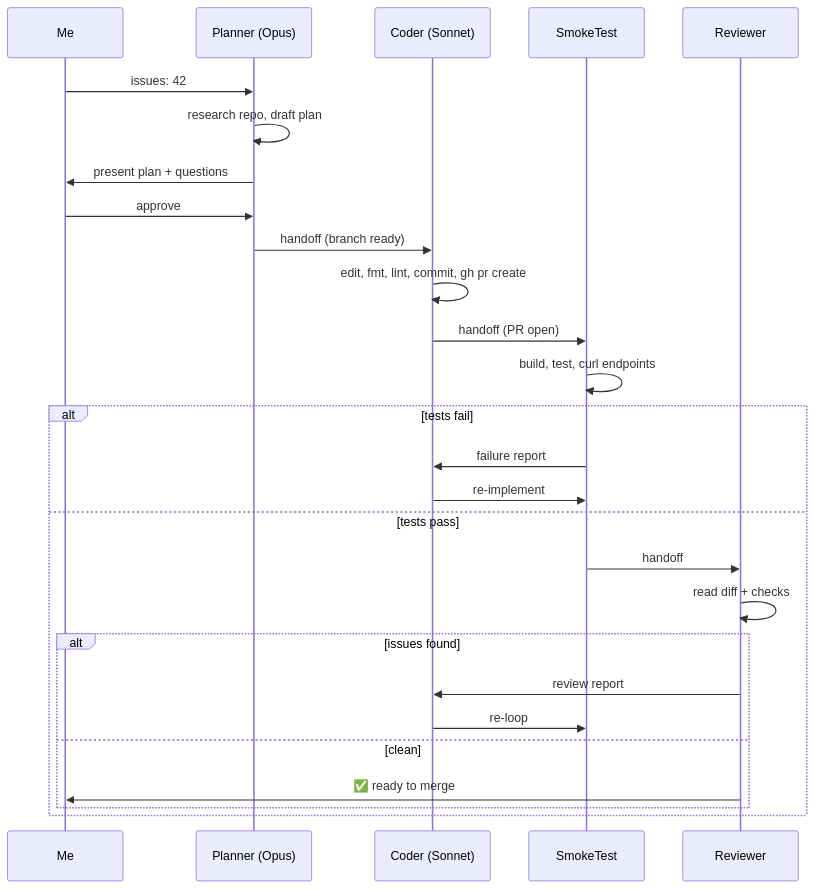
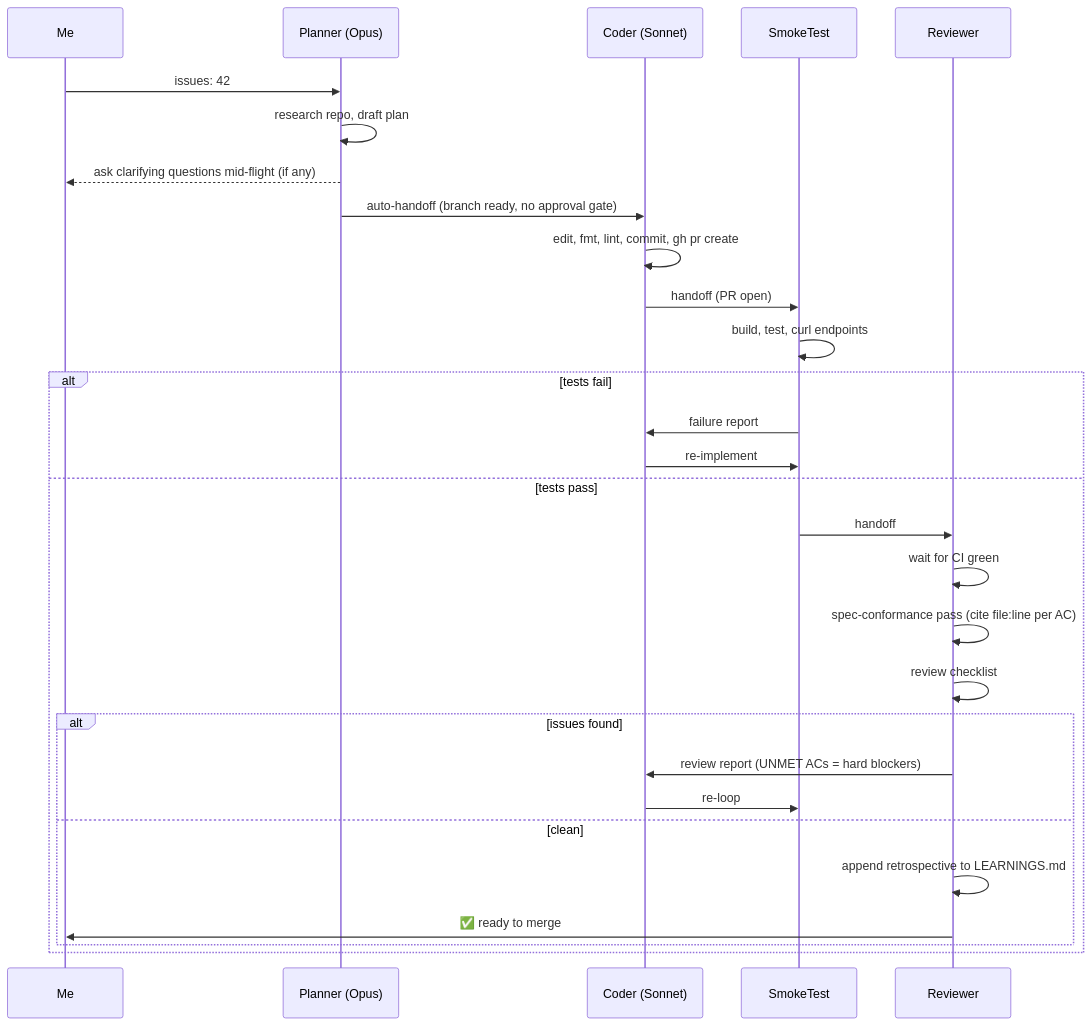
Before and after one commit to crzptn/bastion: the second of 2 diagrams in README.md, drawn with Mermaid. The commit also changed other lines of this file and 7 other files, not shown here.

Commit message:
feat: enhance agent workflows with spec conformance checks and ambiguity handling

````diff
--- a/README.md
+++ b/README.md
@@ -67,30 +67,32 @@
 ```mermaid
 sequenceDiagram
     participant Me
     participant P as Planner (Opus)
     participant C as Coder (Sonnet)
     participant S as SmokeTest
     participant R as Reviewer
 
     Me->>P: issues: 42
     P->>P: research repo, draft plan
-    P->>Me: present plan + questions
-    Me->>P: approve
-    P->>C: handoff (branch ready)
+    P-->>Me: ask clarifying questions mid-flight (if any)
+    P->>C: auto-handoff (branch ready, no approval gate)
     C->>C: edit, fmt, lint, commit, gh pr create
     C->>S: handoff (PR open)
     S->>S: build, test, curl endpoints
     alt tests fail
         S->>C: failure report
         C->>S: re-implement
     else tests pass
         S->>R: handoff
-        R->>R: read diff + checks
+        R->>R: wait for CI green
+        R->>R: spec-conformance pass (cite file:line per AC)
+        R->>R: review checklist
         alt issues found
-            R->>C: review report
+            R->>C: review report (UNMET ACs = hard blockers)
             C->>S: re-loop
         else clean
+            R->>R: append retrospective to LEARNINGS.md
             R->>Me: ✅ ready to merge
         end
     end
 ```
````
